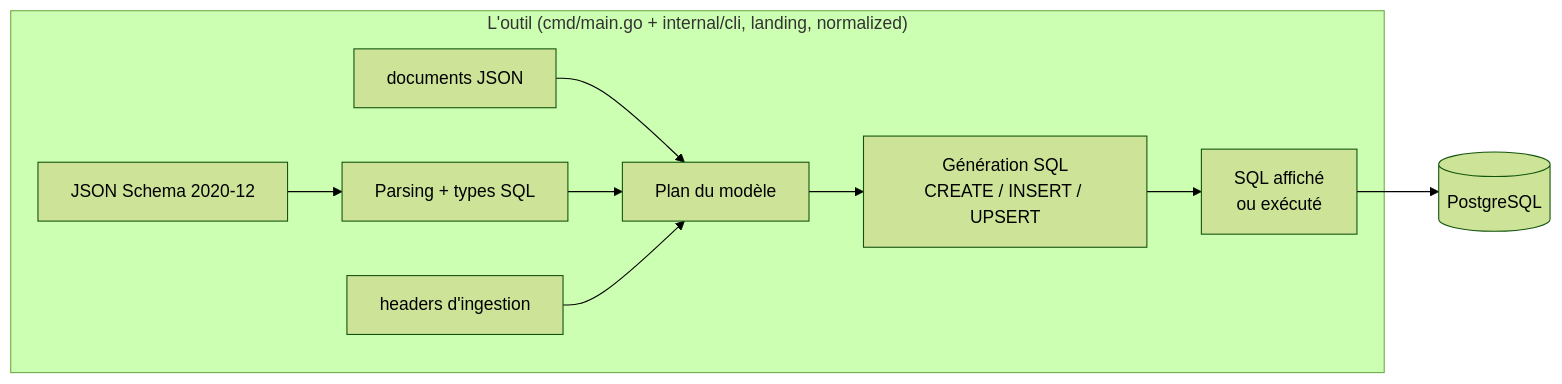
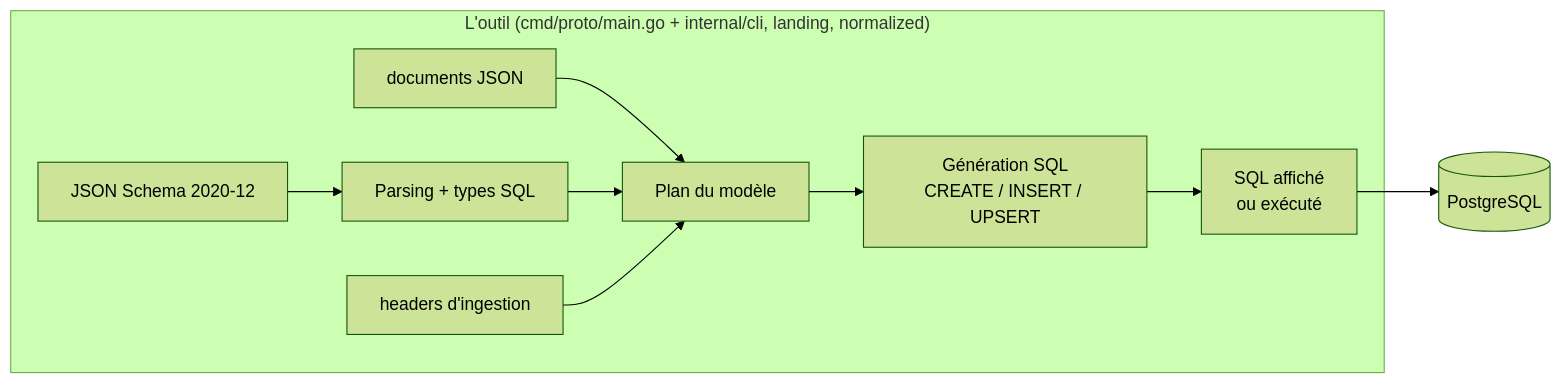
The diagram in README.md (laurentpoirierfr/schema-to-table), drawn with Mermaid (forest theme) before and after one commit. The commit also changed other lines of this file and 13 other files, not shown here.

````diff
--- a/README.md
+++ b/README.md
@@ -144,12 +147,12 @@
 ```mermaid
 flowchart LR
-    subgraph Tool["L'outil (cmd/main.go + internal/cli, landing, normalized)"]
+    subgraph Tool["L'outil (cmd/proto/main.go + internal/cli, landing, normalized)"]
         schema[JSON Schema 2020-12] --> parse[Parsing + types SQL]
         data[documents JSON] --> plan[Plan du modèle]
         parse --> plan
         headers[headers d'ingestion] --> plan
         plan --> render[Génération SQL<br/>CREATE / INSERT / UPSERT]
         render --> out[SQL affiché<br/>ou exécuté]
     end
     out --> pg[(PostgreSQL)]
 ```
````
